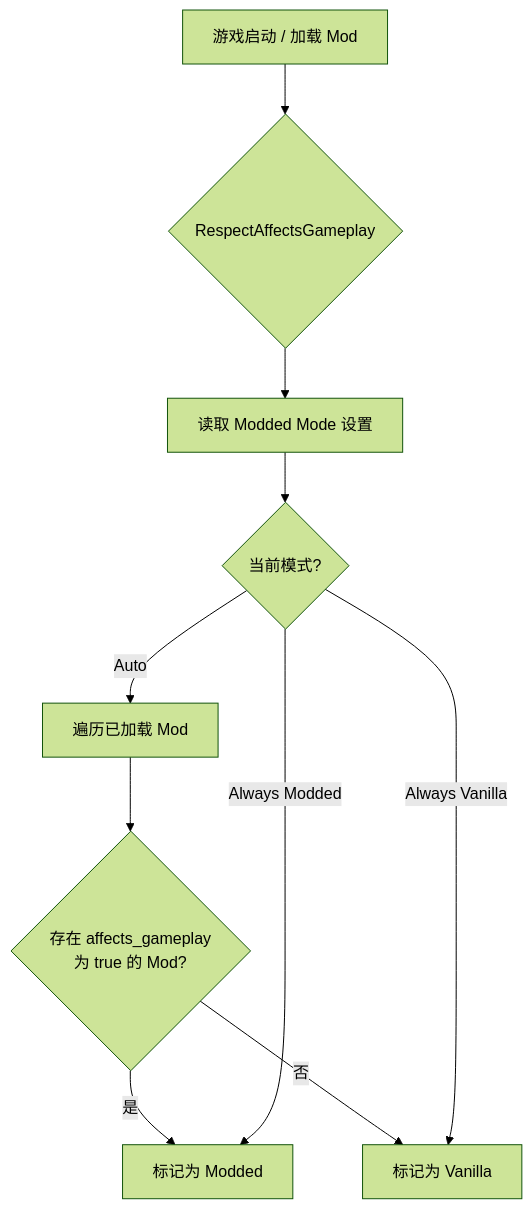
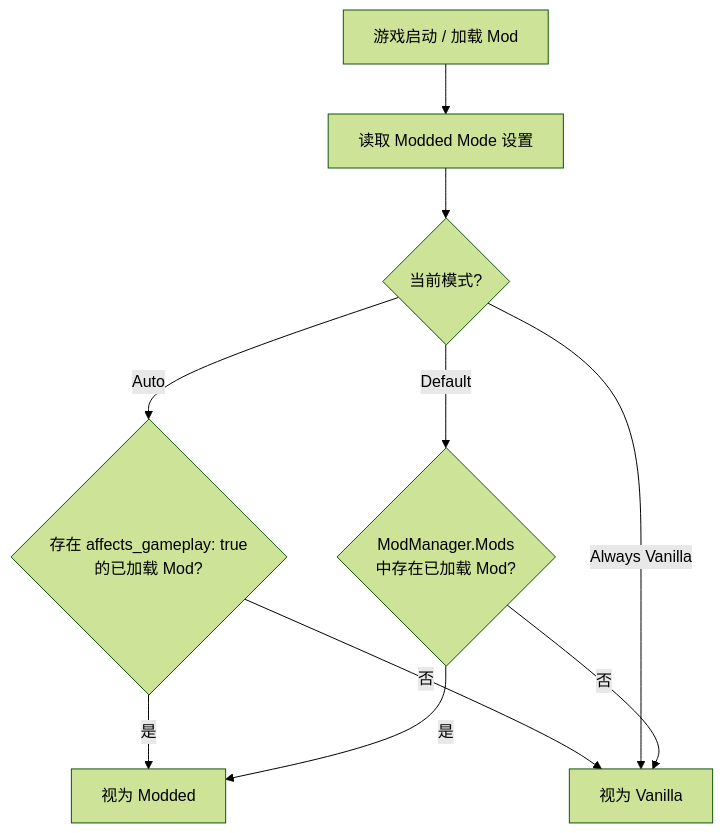
Before and after one commit to xiting910/RespectAffectsGameplay: the diagram in README.md, drawn with Mermaid (forest theme). The commit also changed other lines of this file and 10 other files, not shown here.

````diff
--- a/README.md
+++ b/README.md
@@ -44,12 +49,12 @@
 ```mermaid
 flowchart TD
-    A[游戏启动 / 加载 Mod] --> B{RespectAffectsGameplay}
-    B --> C[读取 Modded Mode 设置]
-    C --> D{当前模式?}
-    D -->|Auto| E[遍历已加载 Mod]
-    E --> F{存在 affects_gameplay<br/>为 true 的 Mod?}
-    F -->|是| G[标记为 Modded]
-    F -->|否| H[标记为 Vanilla]
-    D -->|Always Vanilla| H
-    D -->|Always Modded| G
+    A[游戏启动 / 加载 Mod] --> B[读取 Modded Mode 设置]
+    B --> C{当前模式?}
+    C -->|Auto| D{存在 affects_gameplay: true<br/>的已加载 Mod?}
+    D -->|是| E[视为 Modded]
+    D -->|否| F[视为 Vanilla]
+    C -->|Always Vanilla| F
+    C -->|Default| G{ModManager.Mods<br/>中存在已加载 Mod?}
+    G -->|是| E
+    G -->|否| F
 ```
````
